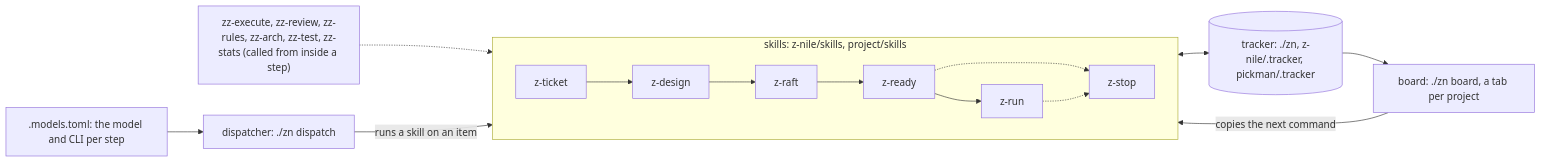
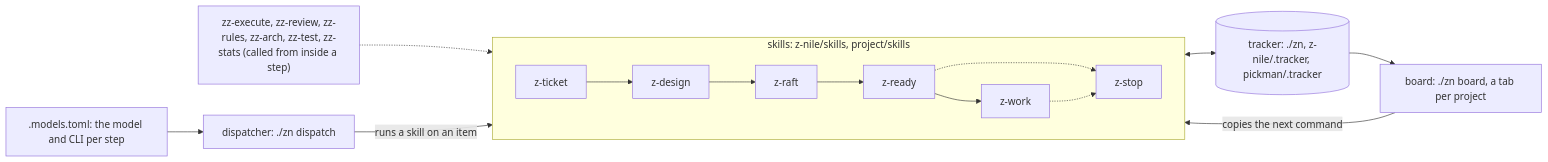
One commit to philipbergen/z-nile changed the first of 3 diagrams in z-nile/README.md. Above: the diagram before and after it, drawn with Mermaid. The commit also changed other lines of this file and 18 other files, not shown here.

First line of the commit message:
Let a person run z-work in the CLI they opened.

````diff
--- a/z-nile/README.md
+++ b/z-nile/README.md
@@ -3,19 +3,19 @@
 ```mermaid
 flowchart LR
   subgraph skills["skills: z-nile/skills, project/skills"]
     direction LR
-    zticket["z-ticket"] --> zdesign["z-design"] --> zraft["z-raft"] --> zready["z-ready"] --> zrun["z-run"]
+    zticket["z-ticket"] --> zdesign["z-design"] --> zraft["z-raft"] --> zready["z-ready"] --> zwork["z-work"]
     zready -.-> zstop["z-stop"]
-    zrun -.-> zstop
+    zwork -.-> zstop
   end
   steps["zz-execute, zz-review, zz-rules, zz-arch, zz-test, zz-stats (called from inside a step)"] -.-> skills
   tracker[("tracker: ./zn, z-nile/.tracker, pickman/.tracker")]
   models[".models.toml: the model and CLI per step"]
   dispatcher["dispatcher: ./zn dispatch"]
   board["board: ./zn board, a tab per project"]
   skills <--> tracker
   models --> dispatcher
   dispatcher -->|"runs a skill on an item"| skills
   tracker --> board
   board -->|"copies the next command"| skills
 ```
````
